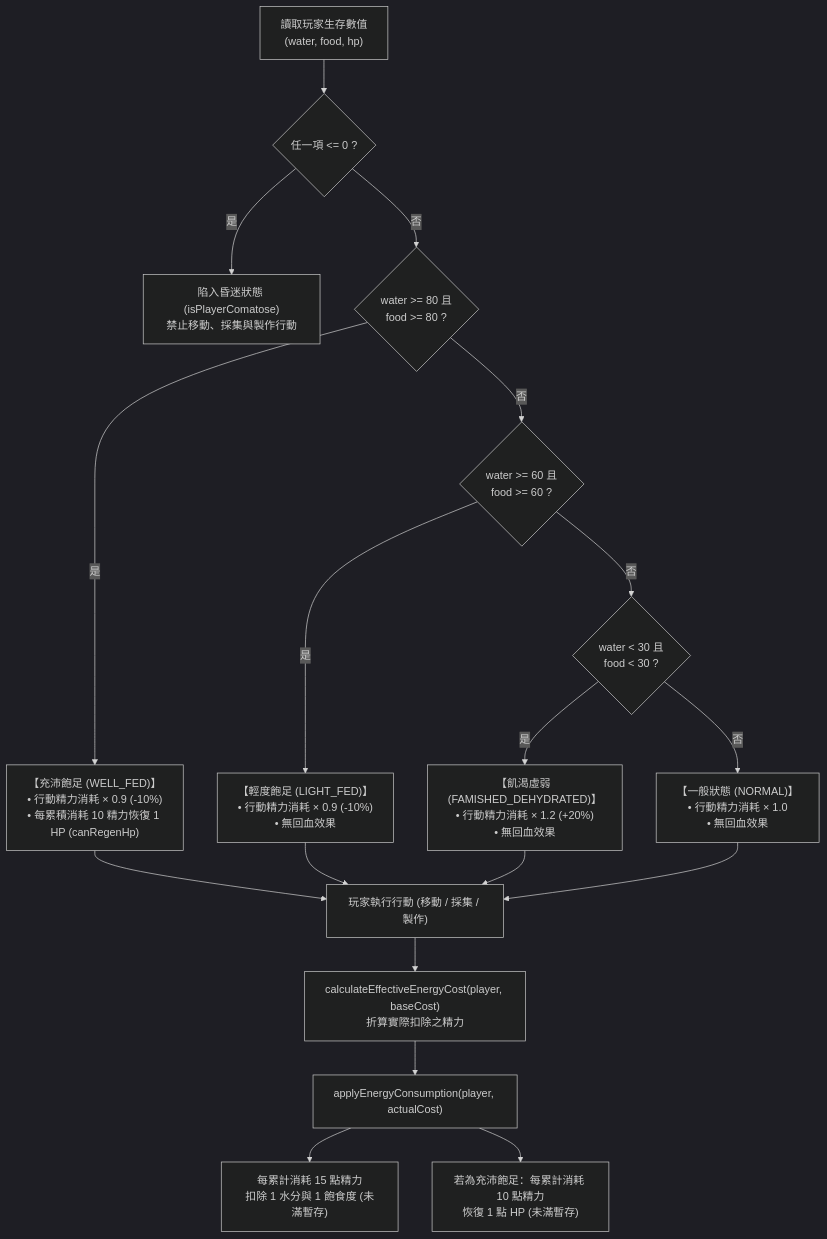
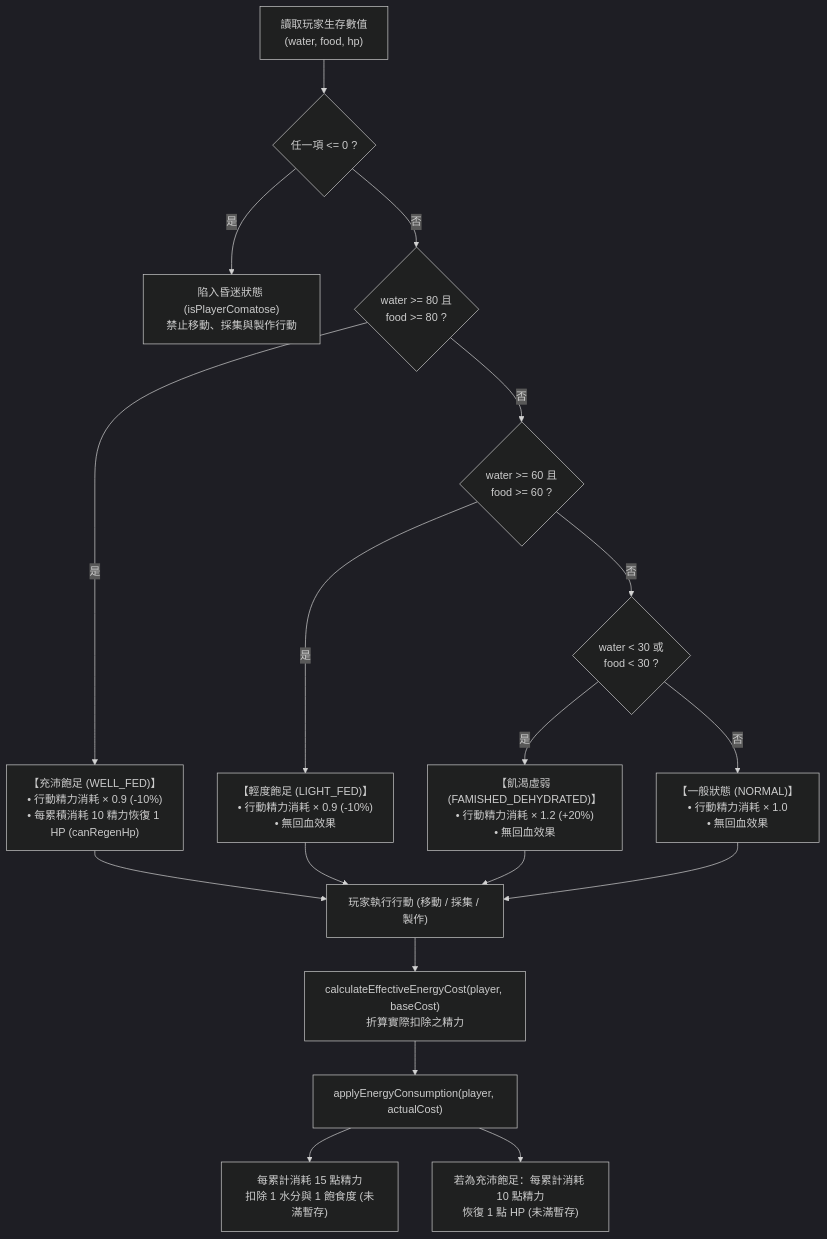
Before and after one commit to csiehsu/Aether-Immersion: diagram 16 of 16 in README.md, drawn with Mermaid (dark theme). The commit also changed other lines of this file and 21 other files, not shown here.

````diff
--- a/README.md
+++ b/README.md
@@ -860,25 +872,25 @@
 ```mermaid
 flowchart TD
     Start["讀取玩家生存數值<br>(water, food, hp)"] --> ComatoseCheck{"任一項 <= 0 ?"}
     ComatoseCheck -- 是 --> Comatose["陷入昏迷狀態 (isPlayerComatose)<br>禁止移動、採集與製作行動"]
     ComatoseCheck -- 否 --> Check80{"water >= 80 且<br>food >= 80 ?"}
 
     Check80 -- 是 --> WellFed["【充沛飽足 (WELL_FED)】<br>• 行動精力消耗 × 0.9 (-10%)<br>• 每累積消耗 10 精力恢復 1 HP (canRegenHp)"]
     Check80 -- 否 --> Check60{"water >= 60 且<br>food >= 60 ?"}
 
     Check60 -- 是 --> LightFed["【輕度飽足 (LIGHT_FED)】<br>• 行動精力消耗 × 0.9 (-10%)<br>• 無回血效果"]
-    Check60 -- 否 --> Check30{"water < 30 且<br>food < 30 ?"}
+    Check60 -- 否 --> Check30{"water < 30 或<br>food < 30 ?"}
 
     Check30 -- 是 --> Famished["【飢渴虛弱 (FAMISHED_DEHYDRATED)】<br>• 行動精力消耗 × 1.2 (+20%)<br>• 無回血效果"]
     Check30 -- 否 --> Normal["【一般狀態 (NORMAL)】<br>• 行動精力消耗 × 1.0<br>• 無回血效果"]
 
     WellFed --> Action["玩家執行行動 (移動 / 採集 / 製作)"]
     LightFed --> Action
     Famished --> Action
     Normal --> Action
 
     Action --> CalcCost["calculateEffectiveEnergyCost(player, baseCost)<br>折算實際扣除之精力"]
     CalcCost --> Apply["applyEnergyConsumption(player, actualCost)"]
     Apply --> DrainFoodWater["每累計消耗 15 點精力<br>扣除 1 水分與 1 飽食度 (未滿暫存)"]
     Apply --> RegenHP["若為充沛飽足：每累計消耗 10 點精力<br>恢復 1 點 HP (未滿暫存)"]
 ```
````
